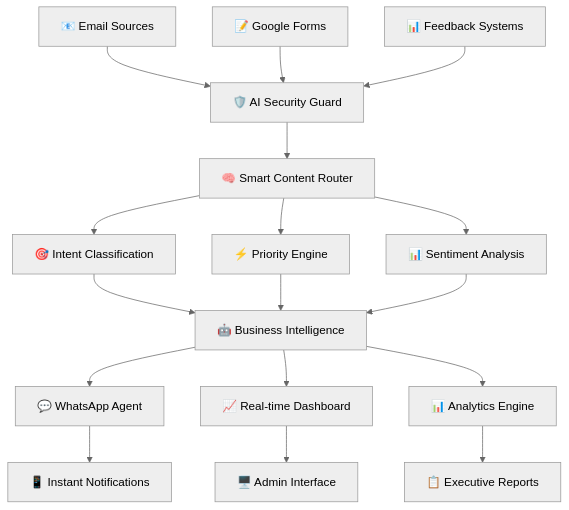
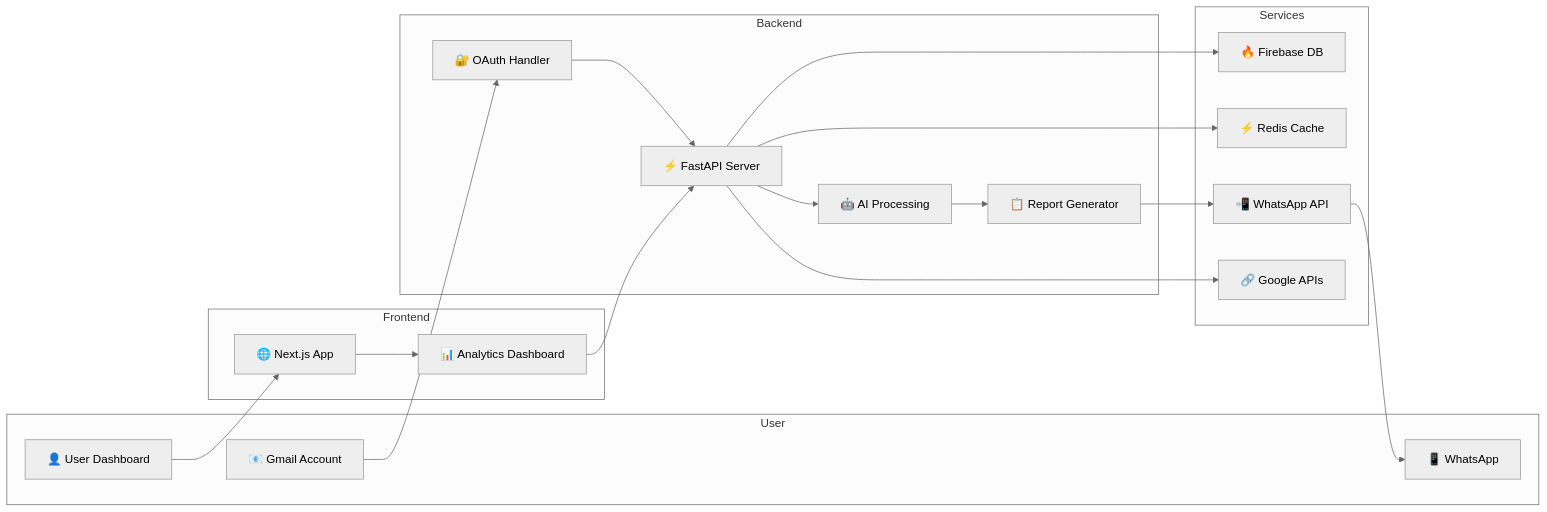
The diagram in README.md (auraCodesKM/kavin), drawn with Mermaid (neutral theme) before and after one commit. The commit also changed other lines of this file, not shown here.

````diff
--- a/README.md
+++ b/README.md
@@ -74,23 +68,40 @@
 ```mermaid
-graph TB
-    A[📧 Email Sources] --> B[🛡️ AI Security Guard]
-    C[📝 Google Forms] --> B
-    D[📊 Feedback Systems] --> B
+flowchart LR
+    subgraph User
+        U[👤 User Dashboard]
+        Gmail[📧 Gmail Account]
+        WhatsApp[📱 WhatsApp]
+    end
     
-    B --> E[🧠 Smart Content Router]
-    E --> F[🎯 Intent Classification]
-    E --> G[⚡ Priority Engine]
-    E --> H[📊 Sentiment Analysis]
+    subgraph Frontend
+        FE[🌐 Next.js App]
+        Dashboard[📊 Analytics Dashboard]
+    end
     
-    F --> I[🤖 Business Intelligence]
-    G --> I
-    H --> I
+    subgraph Backend
+        API[⚡ FastAPI Server]
+        Auth[🔐 OAuth Handler]
+        AI[🤖 AI Processing]
+        Reports[📋 Report Generator]
+    end
     
-    I --> J[💬 WhatsApp Agent]
-    I --> K[📈 Real-time Dashboard]
-    I --> L[📊 Analytics Engine]
+    subgraph Services
+        Firebase[🔥 Firebase DB]
+        Redis[⚡ Redis Cache]
+        Twilio[📲 WhatsApp API]
+        GoogleAPI[🔗 Google APIs]
+    end
     
-    J --> M[📱 Instant Notifications]
-    K --> N[🖥️ Admin Interface]
-    L --> O[📋 Executive Reports]
+    Gmail --> Auth
+    Auth --> API
+    API --> AI
+    AI --> Reports
+    Reports --> Twilio
+    Twilio --> WhatsApp
+    U --> FE
+    FE --> Dashboard
+    Dashboard --> API
+    API --> Firebase
+    API --> Redis
+    API --> GoogleAPI
 ```
````
